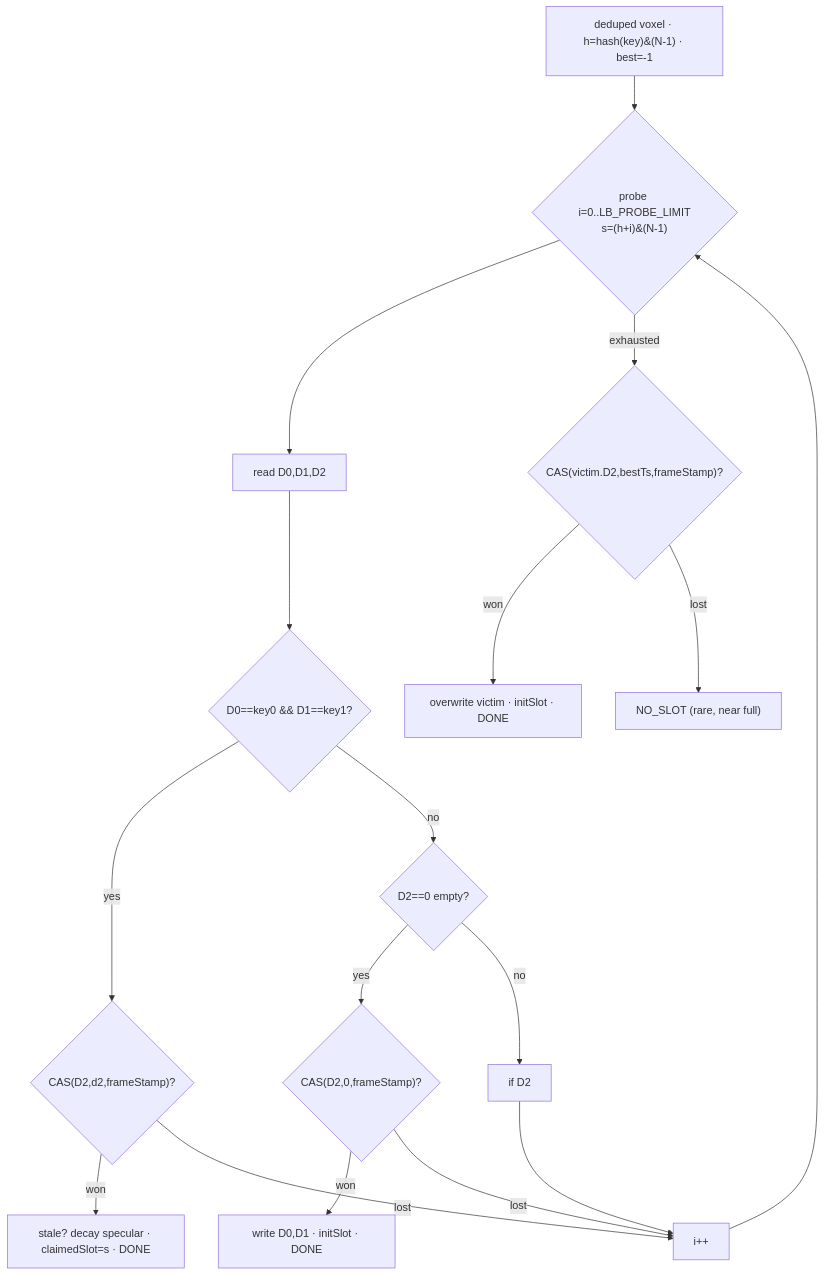
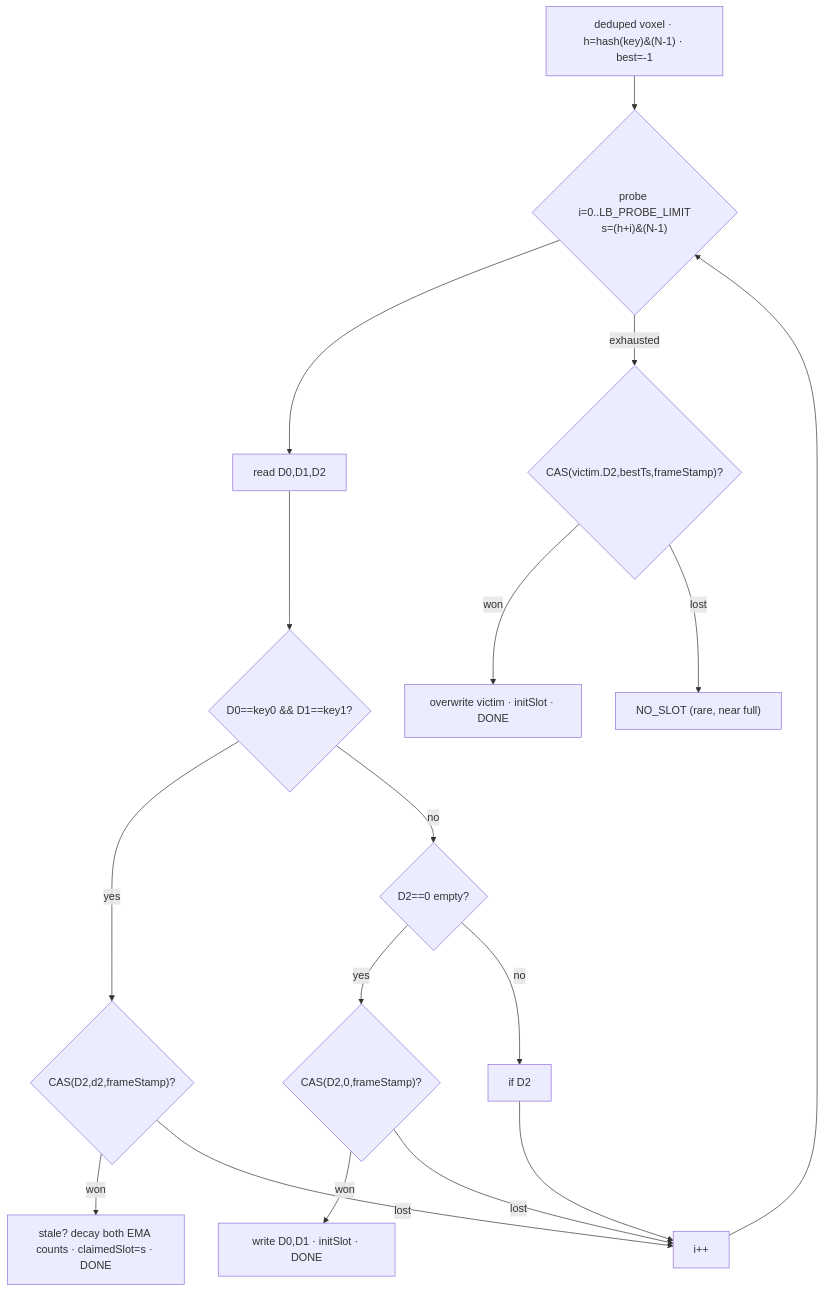
The diagram in architecture/CLAIM.md (AnghelusAndrei/VoxelEngine3.0), drawn with Mermaid before and after one commit. The commit also changed other lines of this file and 40 other files, not shown here.

````diff
--- a/architecture/CLAIM.md
+++ b/architecture/CLAIM.md
@@ -96,19 +95,19 @@
 ```mermaid
 flowchart TD
   S["deduped voxel · h=hash(key)&(N-1) · best=-1"] --> P{"probe i=0..LB_PROBE_LIMIT\ns=(h+i)&(N-1)"}
   P --> R["read D0,D1,D2"]
   R --> M{"D0==key0 && D1==key1?"}
   M -->|yes| MC{"CAS(D2,d2,frameStamp)?"}
-  MC -->|won| DONE["stale? decay specular · claimedSlot=s · DONE"]
+  MC -->|won| DONE["stale? decay both EMA counts · claimedSlot=s · DONE"]
   MC -->|lost| NX["i++"]
   M -->|no| E{"D2==0 empty?"}
   E -->|yes| EC{"CAS(D2,0,frameStamp)?"}
   EC -->|won| WR["write D0,D1 · initSlot · DONE"]
   EC -->|lost| NX
   E -->|no| V["if D2<frameStamp: track stalest victim"]
   V --> NX
   NX --> P
   P -->|exhausted| EV{"CAS(victim.D2,bestTs,frameStamp)?"}
   EV -->|won| WR2["overwrite victim · initSlot · DONE"]
   EV -->|lost| NS["NO_SLOT (rare, near full)"]
 ```
````
